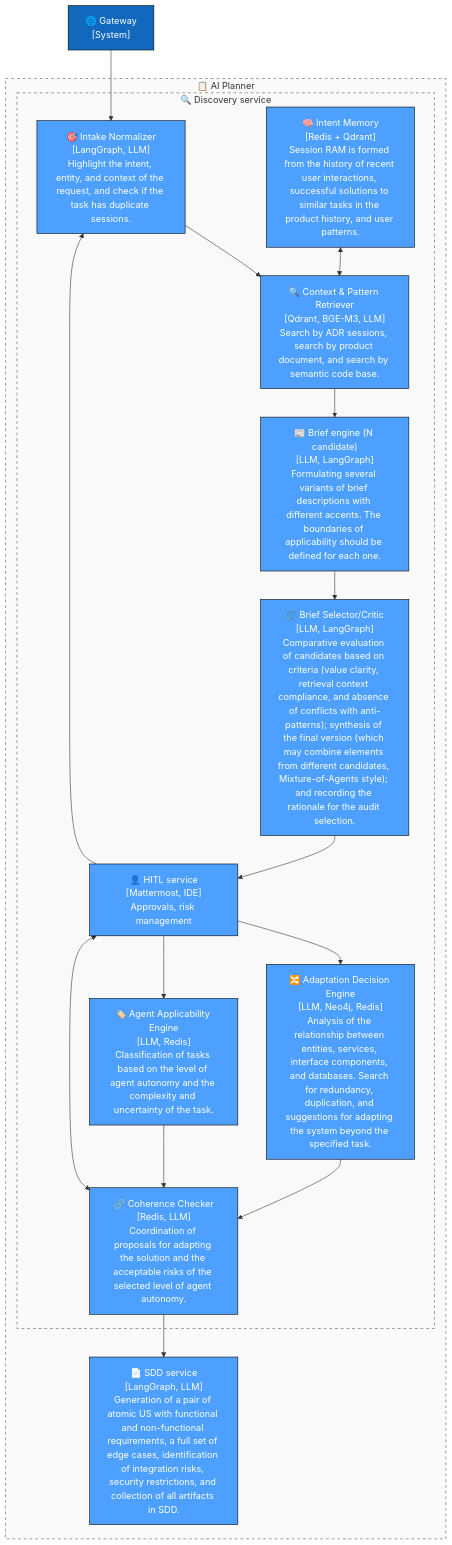
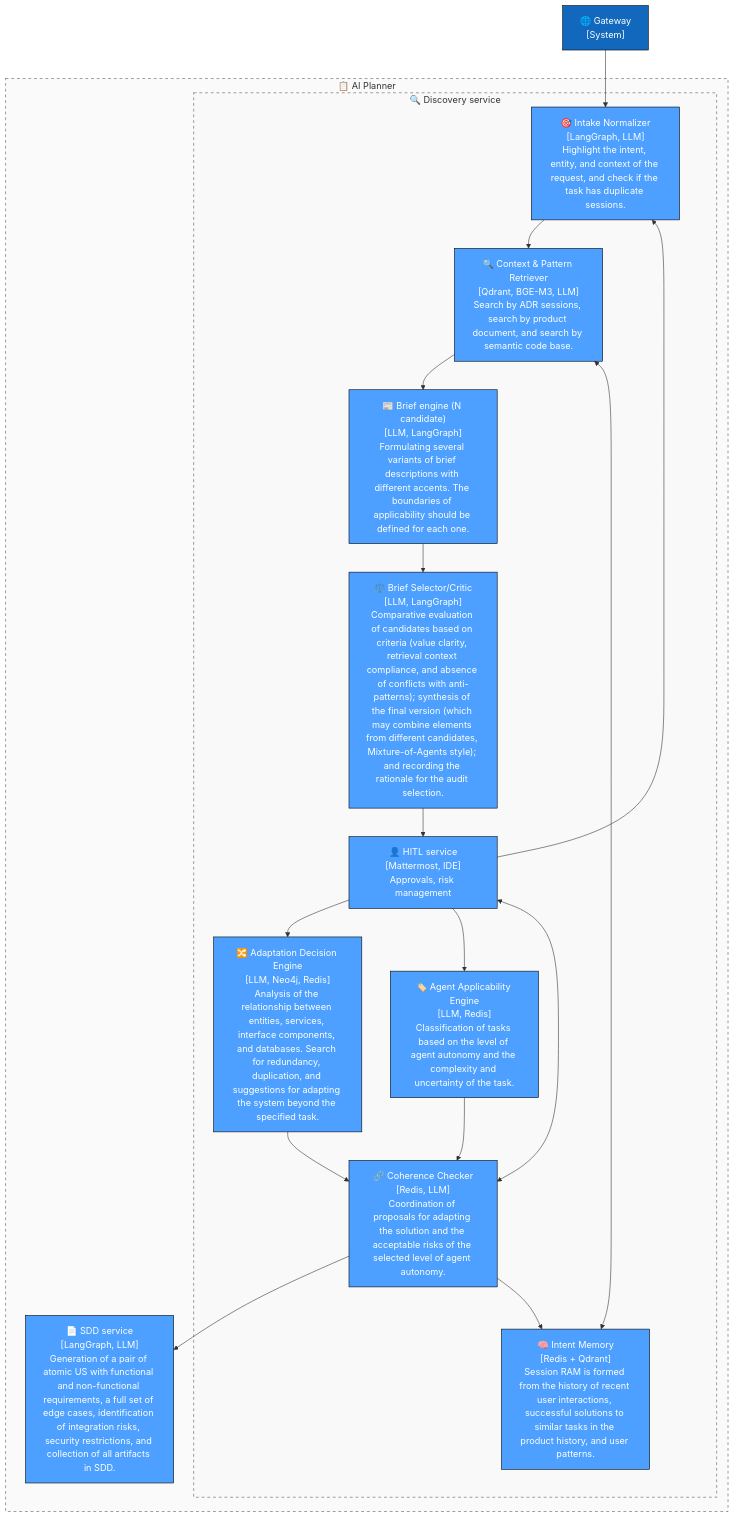
One commit to Kir-Za/MAS changed the diagram in c4schemes/component_discovery.mmd. Above: the diagram before and after it, drawn with Mermaid. The commit also changed 1 other file, not shown here.

```diff
--- a/c4schemes/component_discovery.mmd
+++ b/c4schemes/component_discovery.mmd
@@ -1,35 +1,36 @@
 flowchart TD
     classDef actor fill:#08427b,stroke:#000,color:#fff,stroke-width:2px;
     classDef system fill:#1168bd,stroke:#000,color:#fff;
     classDef container fill:#4DA0FF,stroke:#000,color:#fff;
     classDef external fill:#999,stroke:#333,color:#fff;
 
     gateway["🌐 Gateway<br/>[System]"]:::system
 
     subgraph group_internal_0["📋 AI Planner"]
 
         subgraph group_internal_1["🔍 Discovery service"]
             intake["🎯 Intake Normalizer<br/>[LangGraph, LLM]<br/>Highlight the intent, entity, and context of the request, and check if the task has duplicate sessions."]:::container
             retriever["🔍 Context & Pattern Retriever<br/>[Qdrant, BGE-M3, LLM]<br/>Search by ADR sessions, search by product document, and search by semantic code base."]:::container
             intent_mem["🧠 Intent Memory<br/>[Redis + Qdrant]<br/>Session RAM is formed from the history of recent user interactions, successful solutions to similar tasks in the product history, and user patterns."]:::container
             brief["📰 Brief engine (N candidate)<br/>[LLM, LangGraph]<br/>Formulating several variants of brief descriptions with different accents. The boundaries of applicability should be defined for each one."]:::container
             brief_critic["⚖️ Brief Selector/Critic<br/>[LLM, LangGraph]<br/>Comparative evaluation of candidates based on criteria (value clarity, retrieval context compliance, and absence of conflicts with anti-patterns); synthesis of the final version (which may combine elements from different candidates, Mixture-of-Agents style); and recording the rationale for the audit selection."]:::container
             hitl["👤 HITL service<br/>[Mattermost, IDE]<br/>Approvals, risk management"]:::container
             adapt["🔀 Adaptation Decision Engine<br/>[LLM, Neo4j, Redis]<br/>Analysis of the relationship between entities, services, interface components, and databases. Search for redundancy, duplication, and suggestions for adapting the system beyond the specified task."]:::container
             applic["🏷️ Agent Applicability Engine<br/>[LLM, Redis]<br/>Classification of tasks based on the level of agent autonomy and the complexity and uncertainty of the task."]:::container
             coherence["🔗 Coherence Checker<br/>[Redis, LLM]<br/>Coordination of proposals for adapting the solution and the acceptable risks of the selected level of agent autonomy."]:::container
         end
 
     sdd["📄 SDD service<br/>[LangGraph, LLM]<br/>Generation of a pair of atomic US with functional and non-functional requirements, a full set of edge cases, identification of integration risks, security restrictions, and collection of all artifacts in SDD."]:::container
 
     end 
 
     gateway --> intake --> retriever --> brief --> brief_critic --> hitl --> adapt --> coherence --> sdd
     intent_mem <--> retriever
+    coherence --> intent_mem
     applic --> coherence
     hitl --> applic
     hitl --> intake
     hitl <--> coherence
     
     style group_internal_0 stroke:#555,stroke-dasharray: 5 5,fill:#f9f9f9,fill-opacity:0.8;
     style group_internal_1 stroke:#555,stroke-dasharray: 5 5,fill:#f9f9f9,fill-opacity:0.8;
```
